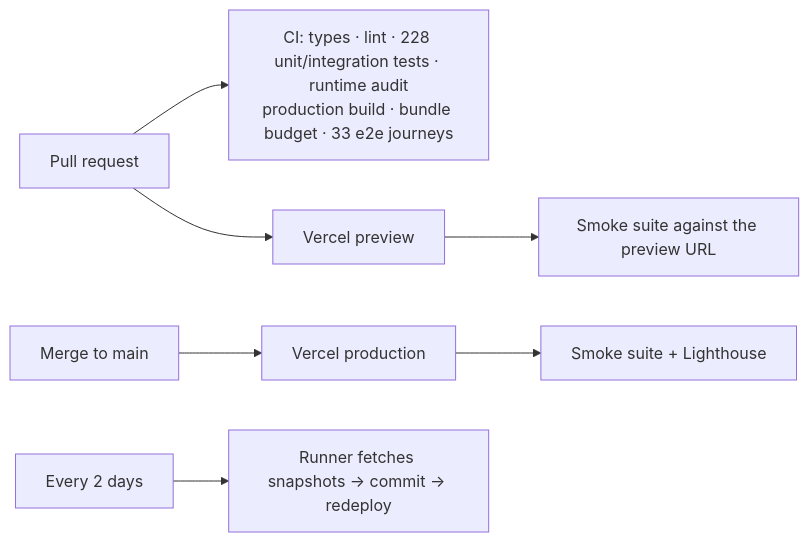
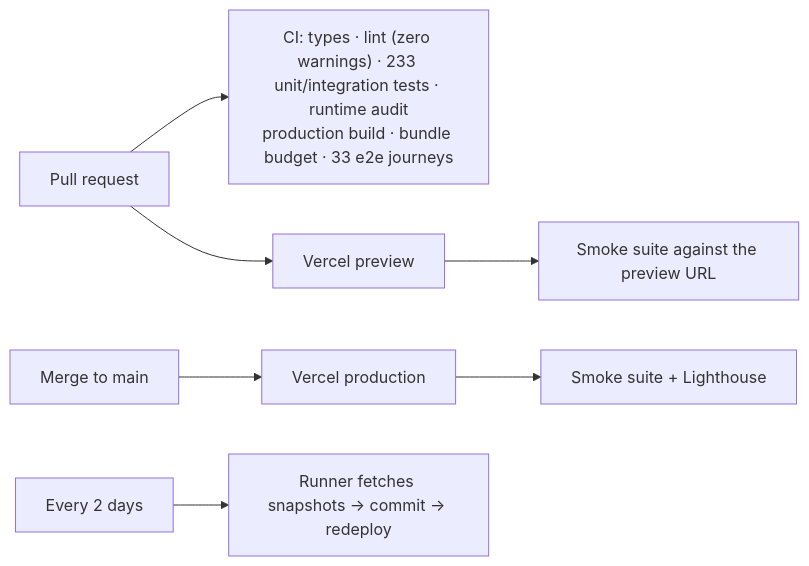
Before and after one commit to Devligan/orbital-insight: the second of 2 diagrams in README.md, drawn with Mermaid. The commit also changed other lines of this file and 13 other files, not shown here.

First line of the commit message:
Fix: two bugs hiding behind lint warnings; zero warnings is now enforced

````diff
--- a/README.md
+++ b/README.md
@@ -101,7 +101,7 @@
 ```mermaid
 flowchart LR
-  PR["Pull request"] --> CI["CI: types · lint · 228 unit/integration tests · runtime audit<br/>production build · bundle budget · 33 e2e journeys"]
+  PR["Pull request"] --> CI["CI: types · lint (zero warnings) · 233 unit/integration tests · runtime audit<br/>production build · bundle budget · 33 e2e journeys"]
   PR --> PREV["Vercel preview"] --> SMOKE["Smoke suite against the preview URL"]
   MAIN["Merge to main"] --> PROD["Vercel production"] --> CHECKS["Smoke suite + Lighthouse"]
   CRON["Every 2 days"] --> DATA["Runner fetches snapshots → commit → redeploy"]
 ```
````
